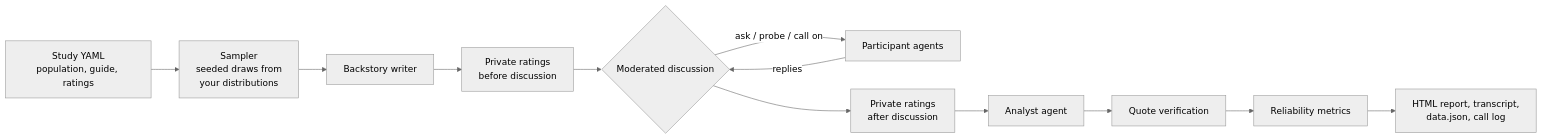
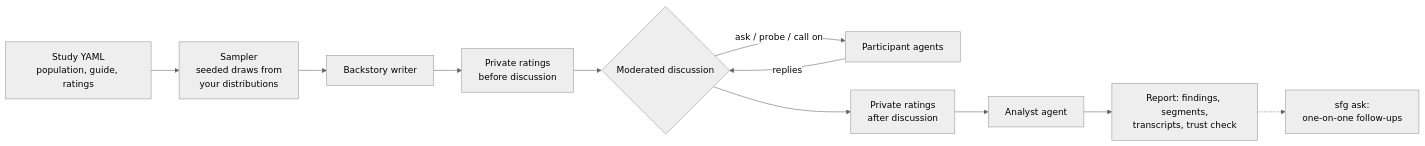
One commit to kotharisaahil/synthetic-focus-group changed the diagram in README.md. Above: the diagram before and after it, drawn with Mermaid (neutral theme). The commit also changed other lines of this file and 30 other files, not shown here.

First line of the commit message:
Add follow-up interviews, segment findings, multi-language and large-panel support

````diff
--- a/README.md
+++ b/README.md
@@ -27,14 +69,13 @@
 ```mermaid
 flowchart LR
     S[Study YAML<br/>population, guide, ratings] --> P[Sampler<br/>seeded draws from<br/>your distributions]
     P --> B[Backstory writer]
     B --> R1[Private ratings<br/>before discussion]
     R1 --> D{Moderated discussion}
     D -->|ask / probe / call on| A[Participant agents]
     A -->|replies| D
     D --> R2[Private ratings<br/>after discussion]
     R2 --> N[Analyst agent]
-    N --> V[Quote verification]
-    V --> M[Reliability metrics]
-    M --> O[HTML report, transcript,<br/>data.json, call log]
+    N --> O[Report: findings, segments,<br/>transcripts, trust check]
+    O -.-> I[sfg ask:<br/>one-on-one follow-ups]
 ```
````
